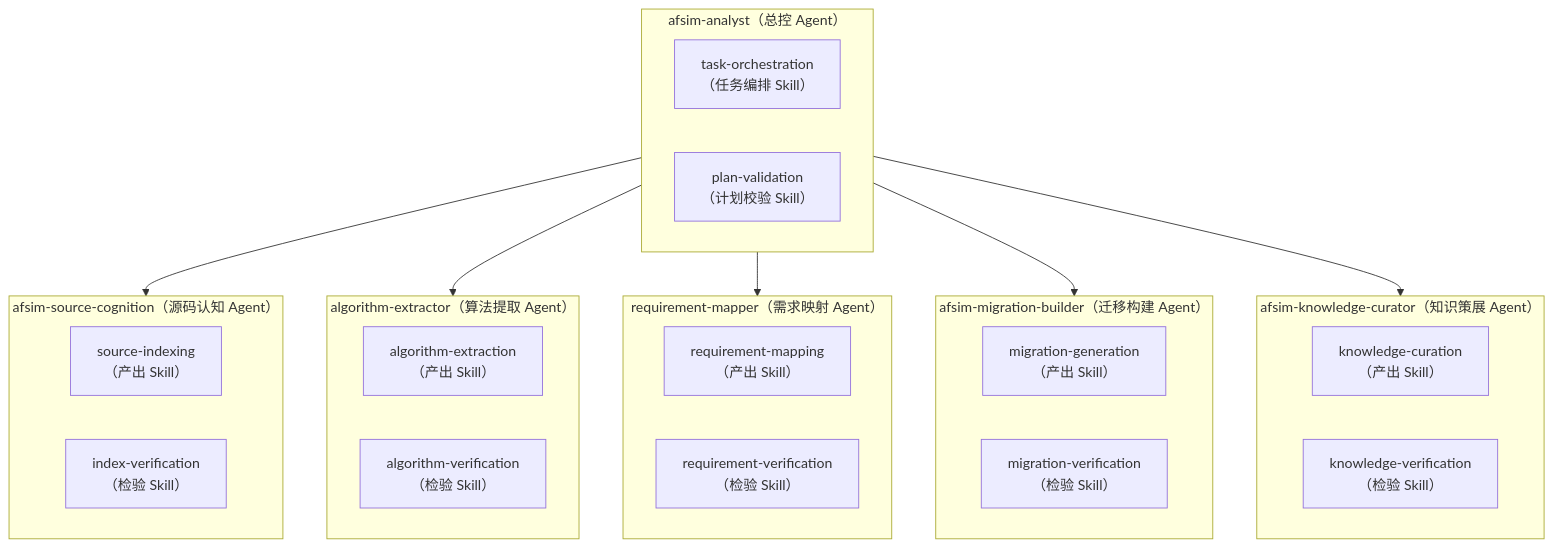
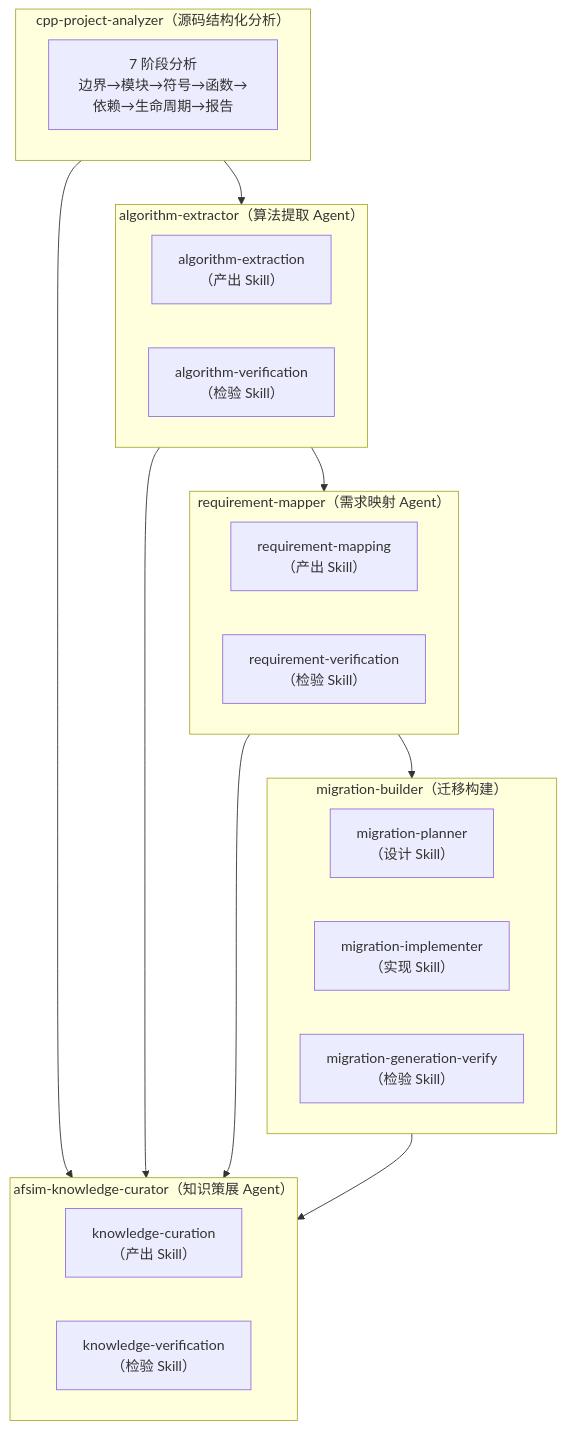
The diagram in README.md (huaren990-bot/afsim-analysis-skill-project), drawn with Mermaid before and after one commit. The commit also changed other lines of this file and 135 other files, not shown here.

````diff
--- a/README.md
+++ b/README.md
@@ -37,44 +37,40 @@
 ```mermaid
 flowchart TB
-    subgraph Analyst["afsim-analyst（总控 Agent）"]
+    subgraph Cognition["cpp-project-analyzer（源码结构化分析）"]
         direction LR
-        TO["task-orchestration<br/>（任务编排 Skill）"]
-        PV["plan-validation<br/>（计划校验 Skill）"]
-    end
-
-    Analyst --> Cognition
-    Analyst --> AlgoExtract
-    Analyst --> ReqMap
-    Analyst --> MigBuild
-    Analyst --> KnowledgeCurator
-
-    subgraph Cognition["afsim-source-cognition（源码认知 Agent）"]
-        direction LR
-        SI["source-indexing<br/>（产出 Skill）"]
-        IV["index-verification<br/>（检验 Skill）"]
+        SI["7 阶段分析<br/>边界→模块→符号→函数→依赖→生命周期→报告"]
     end
 
     subgraph AlgoExtract["algorithm-extractor（算法提取 Agent）"]
         direction LR
         AE["algorithm-extraction<br/>（产出 Skill）"]
         AV["algorithm-verification<br/>（检验 Skill）"]
     end
 
     subgraph ReqMap["requirement-mapper（需求映射 Agent）"]
         direction LR
         RM["requirement-mapping<br/>（产出 Skill）"]
         RV["requirement-verification<br/>（检验 Skill）"]
     end
 
-    subgraph MigBuild["afsim-migration-builder（迁移构建 Agent）"]
+    subgraph MigBuild["migration-builder（迁移构建）"]
         direction LR
-        MG["migration-generation<br/>（产出 Skill）"]
-        MV["migration-verification<br/>（检验 Skill）"]
+        MP["migration-planner<br/>（设计 Skill）"]
+        MG["migration-implementer<br/>（实现 Skill）"]
+        MV["migration-generation-verify<br/>（检验 Skill）"]
     end
 
     subgraph KnowledgeCurator["afsim-knowledge-curator（知识策展 Agent）"]
         direction LR
         KC["knowledge-curation<br/>（产出 Skill）"]
         KV["knowledge-verification<br/>（检验 Skill）"]
     end
+
+    Cognition --> AlgoExtract
+    AlgoExtract --> ReqMap
+    ReqMap --> MigBuild
+    Cognition --> KnowledgeCurator
+    AlgoExtract --> KnowledgeCurator
+    ReqMap --> KnowledgeCurator
+    MigBuild --> KnowledgeCurator
 ```
````
